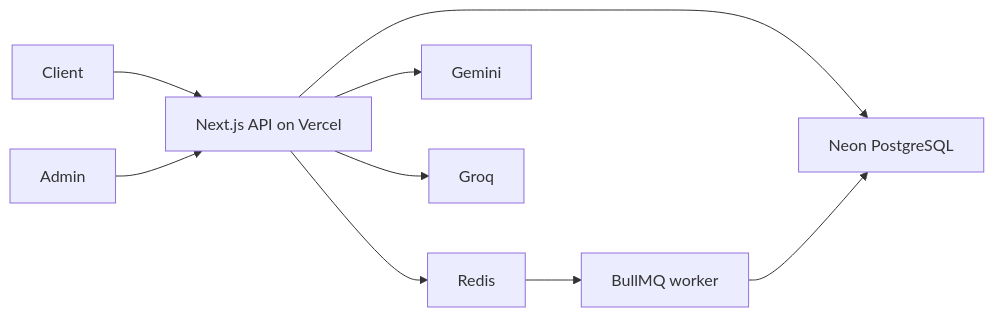
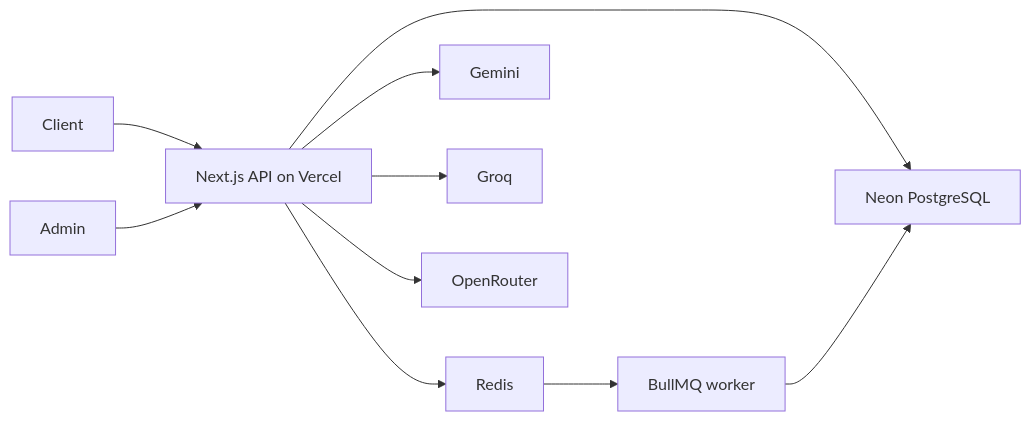
One commit to LokeshChaudhari01/LLMGate changed the diagram in README.md. Above: the diagram before and after it, drawn with Mermaid. The commit also changed other lines of this file and 16 other files, not shown here.

Commit message:
Route complex requests through OpenRouter free models

````diff
--- a/README.md
+++ b/README.md
@@ -18,11 +18,12 @@
 ```mermaid
 flowchart LR
   Client --> Next["Next.js API on Vercel"]
   Admin --> Next
   Next --> Neon["Neon PostgreSQL"]
   Next --> Redis["Redis"]
   Next --> Gemini["Gemini"]
   Next --> Groq["Groq"]
+  Next --> OpenRouter["OpenRouter"]
   Redis --> Worker["BullMQ worker"]
   Worker --> Neon
 ```
````
